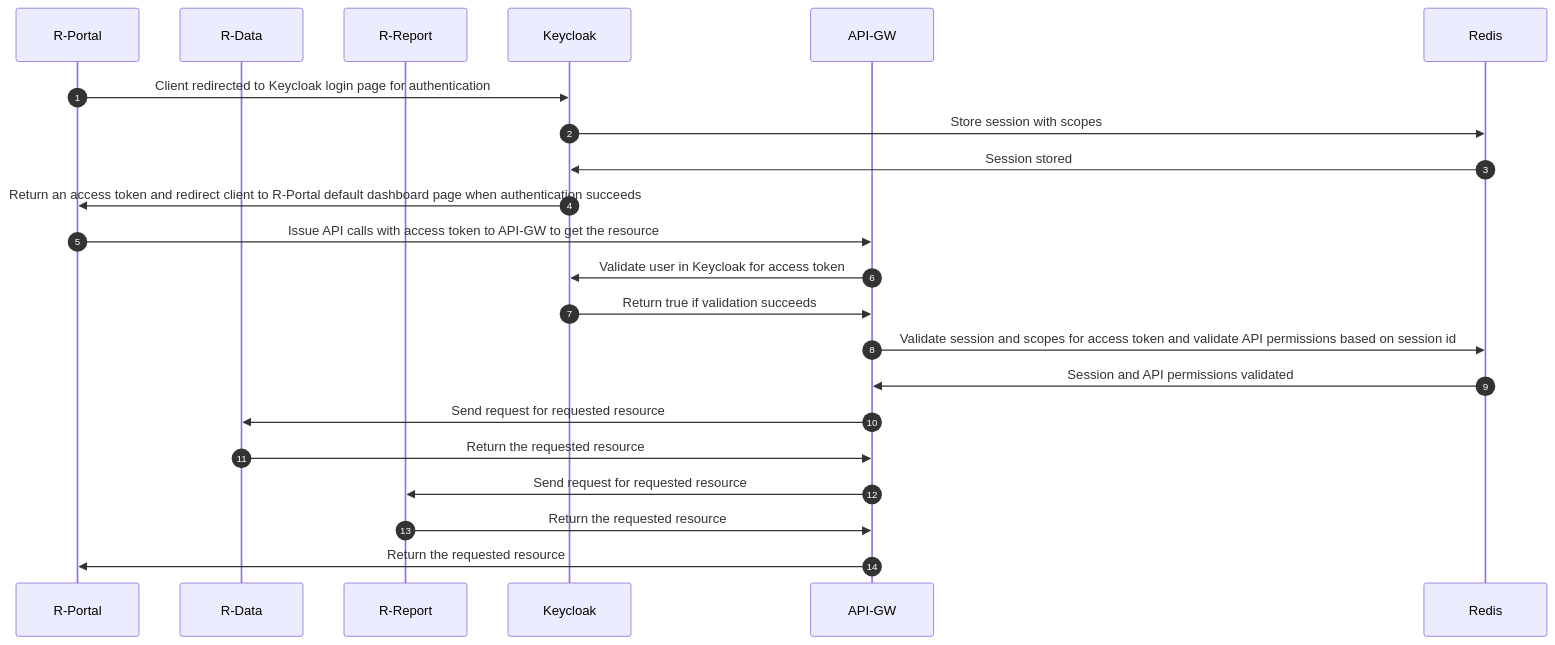
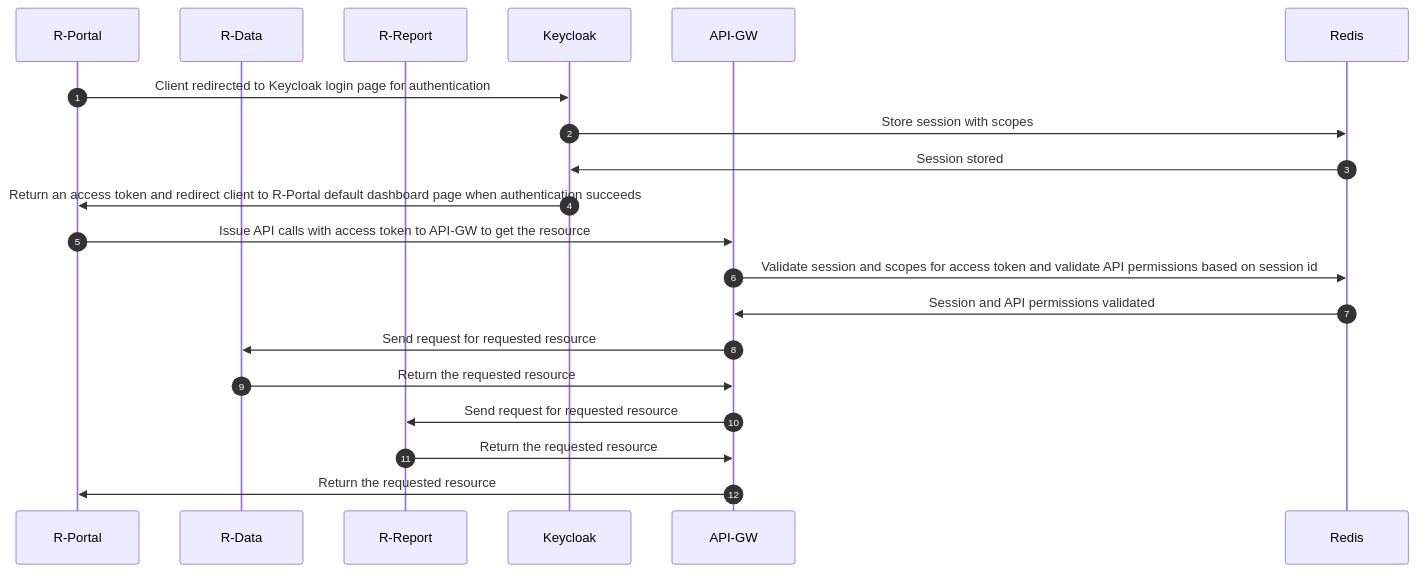
The fourth of 4 diagrams in R-Auth.md (jayrzhang/R-Auth), drawn with Mermaid before and after one commit.

````diff
--- a/R-Auth.md
+++ b/R-Auth.md
@@ -91,24 +91,22 @@
 ``` mermaid
     sequenceDiagram
     autonumber
     participant R-Portal
     participant R-Data
     participant R-Report
     participant Keycloak
     participant API-GW
     participant Redis
     R-Portal->>Keycloak: Client redirected to Keycloak login page for authentication
     Keycloak->>Redis: Store session with scopes
     Redis->>Keycloak: Session stored
     Keycloak->>R-Portal: Return an access token and redirect client to R-Portal default dashboard page when authentication succeeds
     R-Portal->>API-GW: Issue API calls with access token to API-GW to get the resource
-    API-GW->>Keycloak: Validate user in Keycloak for access token
-    Keycloak->>API-GW: Return true if validation succeeds
     API-GW->>Redis: Validate session and scopes for access token and validate API permissions based on session id
     Redis->>API-GW: Session and API permissions validated
     API-GW->>R-Data: Send request for requested resource
     R-Data->>API-GW: Return the requested resource
     API-GW->>R-Report: Send request for requested resource
     R-Report->>API-GW: Return the requested resource
     API-GW->>R-Portal: Return the requested resource
 ```
````
